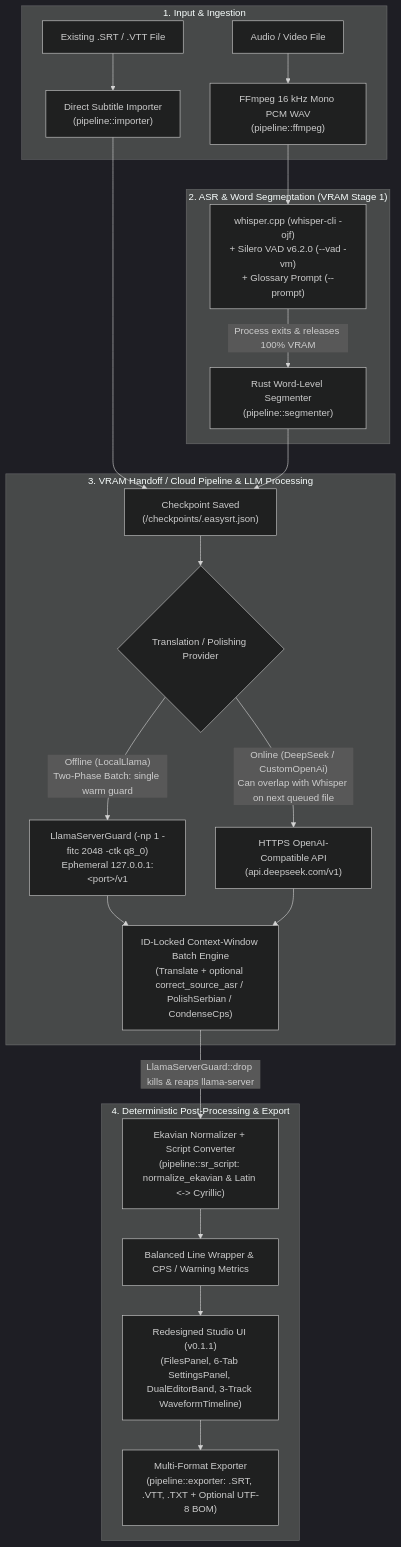
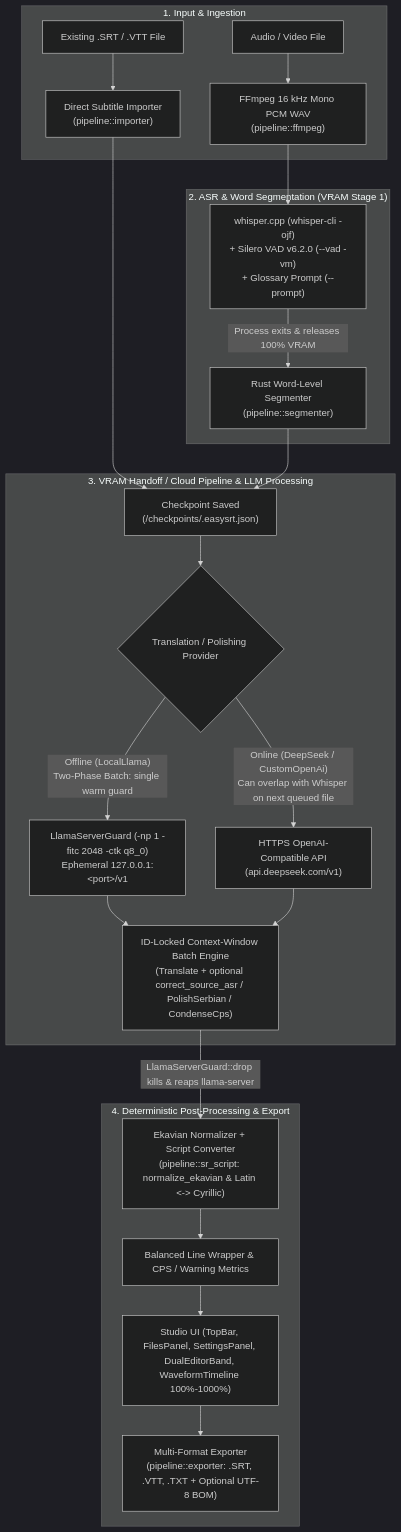
The diagram in docs/ARCHITECTURE.md (Gruya13/EasySRT-Studio), drawn with Mermaid (dark theme) before and after one commit. The commit also changed other lines of this file and 26 other files, not shown here.

Commit message:
feat: release v0.3.1 (EN/SR auto-detect, 1000% timeline wheel zoom, footer bug button, MIT license & marketing README)

````diff
--- a/docs/ARCHITECTURE.md
+++ b/docs/ARCHITECTURE.md
@@ -13,30 +13,30 @@
 ```mermaid
 flowchart TD
     subgraph Input["1. Input & Ingestion"]
         A["Audio / Video File"] --> B["FFmpeg 16 kHz Mono PCM WAV\n(pipeline::ffmpeg)"]
         S["Existing .SRT / .VTT File"] --> I["Direct Subtitle Importer\n(pipeline::importer)"]
     end
 
     subgraph ASR["2. ASR & Word Segmentation (VRAM Stage 1)"]
         B --> C["whisper.cpp (whisper-cli -ojf)\n+ Silero VAD v6.2.0 (--vad -vm)\n+ Glossary Prompt (--prompt)"]
         C -->|"Process exits & releases 100% VRAM"| D["Rust Word-Level Segmenter\n(pipeline::segmenter)"]
     end
 
     I --> E
     D --> E["Checkpoint Saved\n(<data_dir>/checkpoints/<job_id>.easysrt.json)"]
 
     subgraph LLM["3. VRAM Handoff / Cloud Pipeline & LLM Processing"]
         E --> F{"Translation / Polishing Provider"}
         F -->|"Offline (LocalLlama)<br/>Two-Phase Batch: single warm guard"| G["LlamaServerGuard (-np 1 -fitc 2048 -ctk q8_0)<br/>Ephemeral 127.0.0.1:&lt;port&gt;/v1"]
         F -->|"Online (DeepSeek / CustomOpenAi)<br/>Can overlap with Whisper on next queued file"| H["HTTPS OpenAI-Compatible API<br/>(api.deepseek.com/v1)"]
         G --> J["ID-Locked Context-Window Batch Engine<br/>(Translate + optional correct_source_asr / PolishSerbian / CondenseCps)"]
         H --> J
     end
 
     subgraph Post["4. Deterministic Post-Processing & Export"]
         J -->|"LlamaServerGuard::drop kills & reaps llama-server"| K["Ekavian Normalizer + Script Converter<br/>(pipeline::sr_script: normalize_ekavian & Latin <-> Cyrillic)"]
         K --> L["Balanced Line Wrapper & CPS / Warning Metrics"]
-        L --> M["Redesigned Studio UI (v0.1.1)<br/>(FilesPanel, 6-Tab SettingsPanel, DualEditorBand, 3-Track WaveformTimeline)"]
+        L --> M["Studio UI (TopBar, FilesPanel, SettingsPanel, DualEditorBand, WaveformTimeline 100%-1000%)"]
         M --> N["Multi-Format Exporter<br/>(pipeline::exporter: .SRT, .VTT, .TXT + Optional UTF-8 BOM)"]
     end
 ```
````
